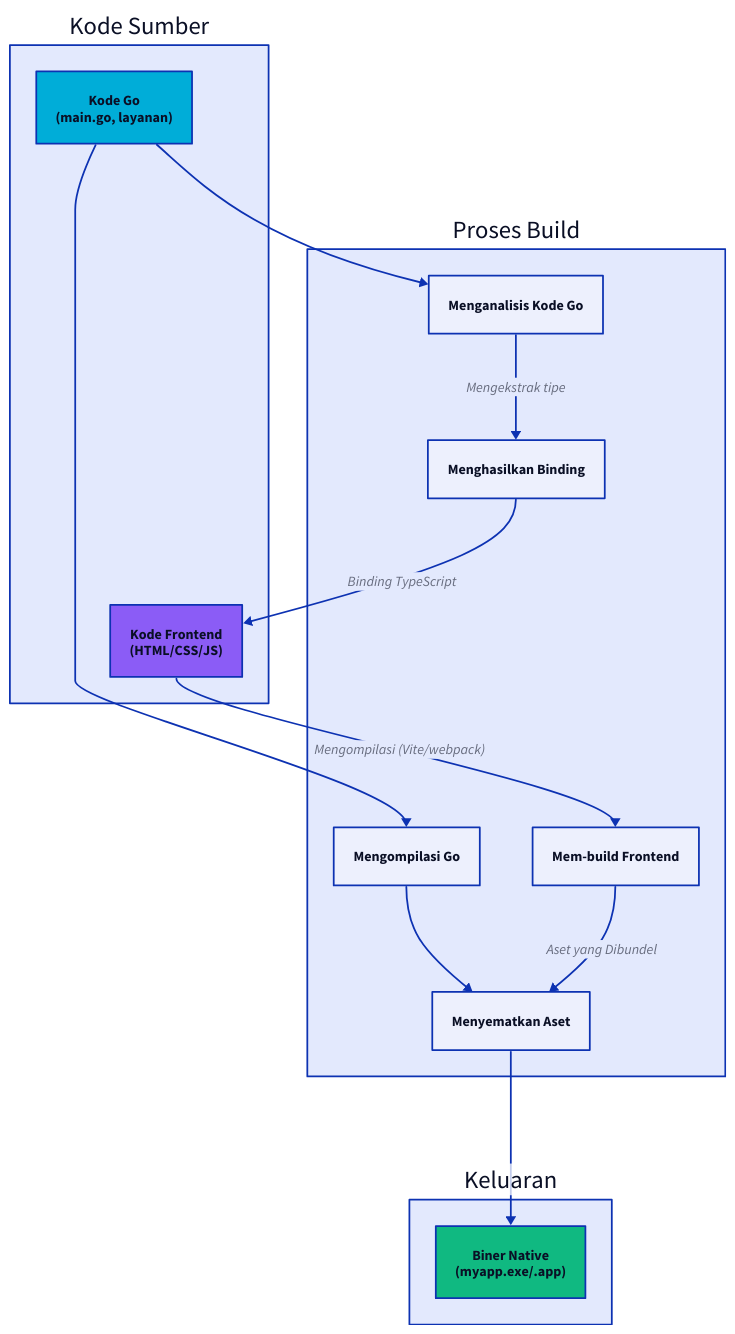
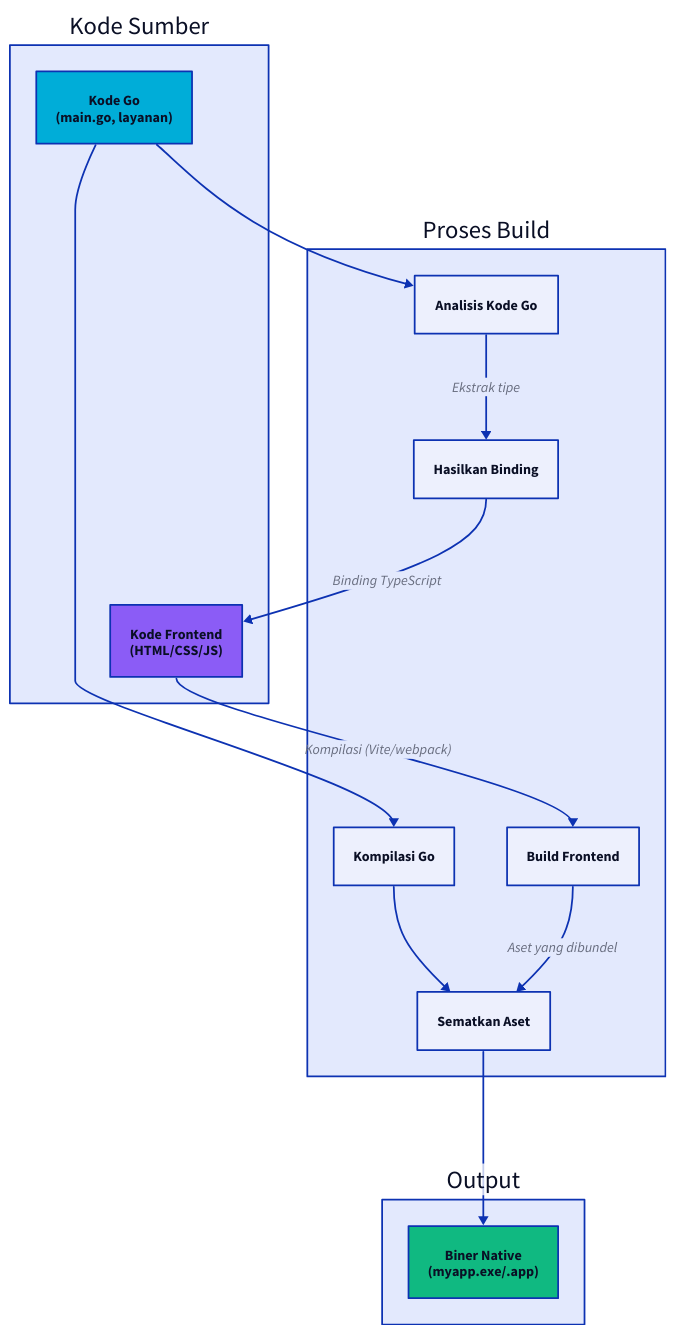
The fifth of 8 diagrams in docs/mpress/content/id/concepts/architecture.md (wailsapp/wails), drawn with D2 before and after one commit. The commit also changed other lines of this file and 1096 other files, not shown here.

````diff
--- a/docs/mpress/content/id/concepts/architecture.md
+++ b/docs/mpress/content/id/concepts/architecture.md
@@ -343,53 +343,53 @@
 ```d2
 direction: down
 
 Source: Kode Sumber {
   Go: "Kode Go\n(main.go, layanan)" {
     shape: rectangle
     style.fill: "#00ADD8"
   }
 
   Frontend: "Kode Frontend\n(HTML/CSS/JS)" {
     shape: rectangle
     style.fill: "#8B5CF6"
   }
 }
 
 Build: Proses Build {
-  AnalyseGo: Menganalisis Kode Go {
+  AnalyseGo: Analisis Kode Go {
     shape: rectangle
   }
 
-  GenerateBindings: Menghasilkan Binding {
+  GenerateBindings: Hasilkan Binding {
     shape: rectangle
   }
 
-  BuildFrontend: Mem-build Frontend {
+  BuildFrontend: Build Frontend {
     shape: rectangle
   }
 
-  CompileGo: Mengompilasi Go {
+  CompileGo: Kompilasi Go {
     shape: rectangle
   }
 
-  Embed: Menyematkan Aset {
+  Embed: Sematkan Aset {
     shape: rectangle
   }
 }
 
-Output: Keluaran {
+Output: Output {
   Binary: "Biner Native\n(myapp.exe/.app)" {
     shape: rectangle
     style.fill: "#10B981"
   }
 }
 
 Source.Go -> Build.AnalyseGo
-Build.AnalyseGo -> Build.GenerateBindings: Mengekstrak tipe
+Build.AnalyseGo -> Build.GenerateBindings: Ekstrak tipe
 Build.GenerateBindings -> Source.Frontend: Binding TypeScript
-Source.Frontend -> Build.BuildFrontend: Mengompilasi (Vite/webpack)
-Build.BuildFrontend -> Build.Embed: Aset yang Dibundel
+Source.Frontend -> Build.BuildFrontend: Kompilasi (Vite/webpack)
+Build.BuildFrontend -> Build.Embed: Aset yang dibundel
 Source.Go -> Build.CompileGo
 Build.CompileGo -> Build.Embed
 Build.Embed -> Output.Binary
 ```
````
